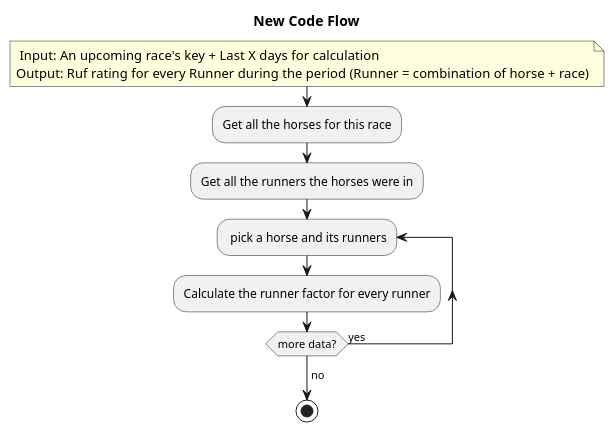
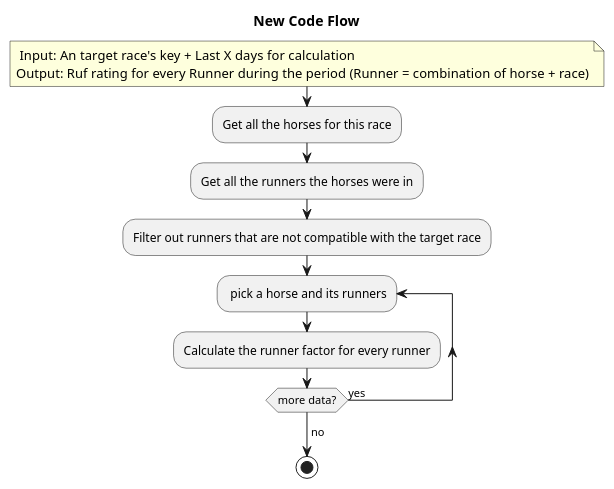
The diagram in doc/new-code-flow/00.new-flow.puml (Ramadamadam/fl-track-mate-rating-algorithm), drawn with PlantUML before and after one commit. The commit also changed 2 other files, not shown here.

Commit message:
an empty compatible checking function

```diff
--- a/doc/new-code-flow/00.new-flow.puml
+++ b/doc/new-code-flow/00.new-flow.puml
@@ -1,20 +1,21 @@
 @startuml
 
 
 title New Code Flow
 note
- Input:  An upcoming race's key + Last X days for calculation
+ Input:  An target race's key + Last X days for calculation
 Output:  Ruf rating for every Runner during the period (Runner = combination of horse + race)
 end note
 
 :Get all the horses for this race;
 :Get all the runners the horses were in;
+:Filter out runners that are not compatible with the target race;
 repeat: pick a horse and its runners
 :Calculate the runner factor for every runner;
 repeat while (more data?) is (yes)
 ->no;
 
 
 stop
 
 @enduml
```
